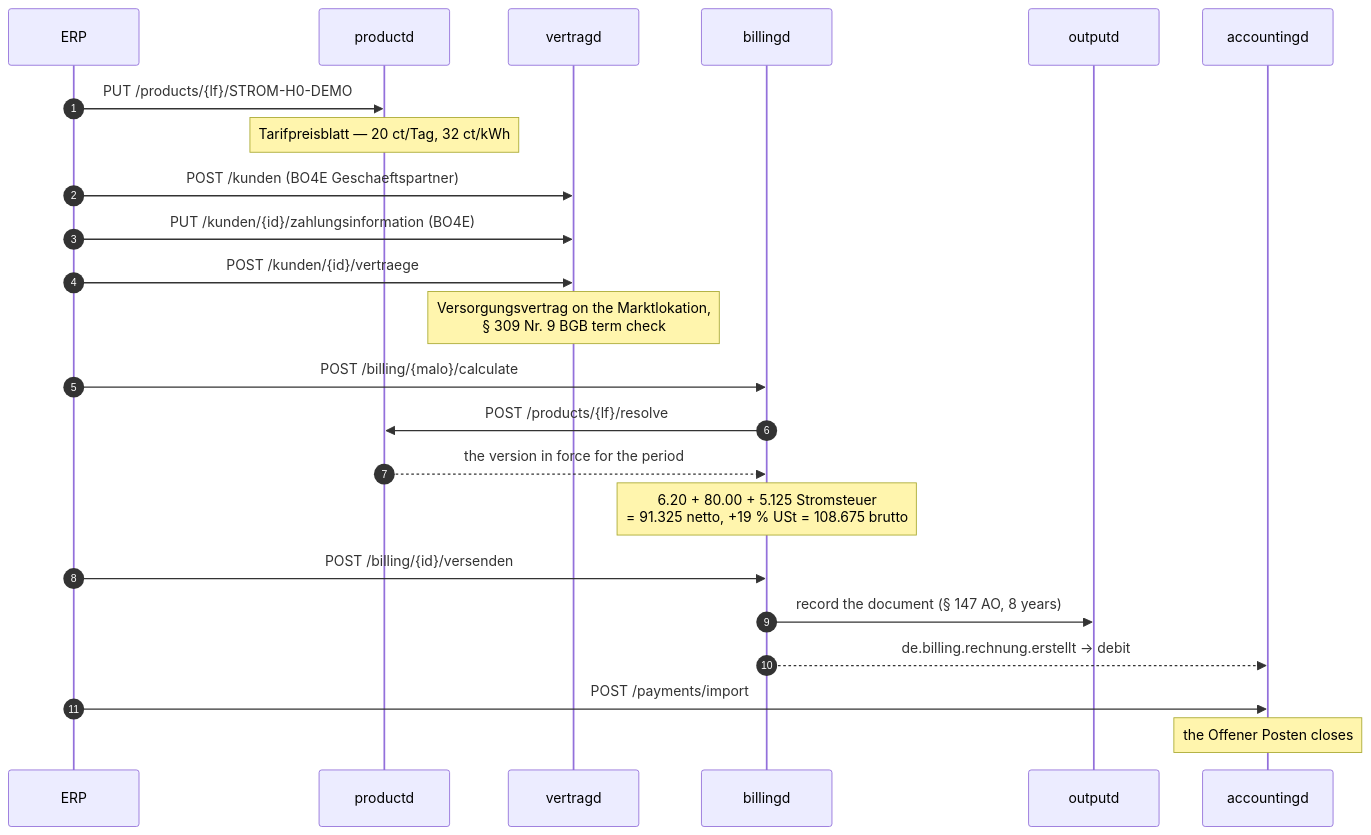
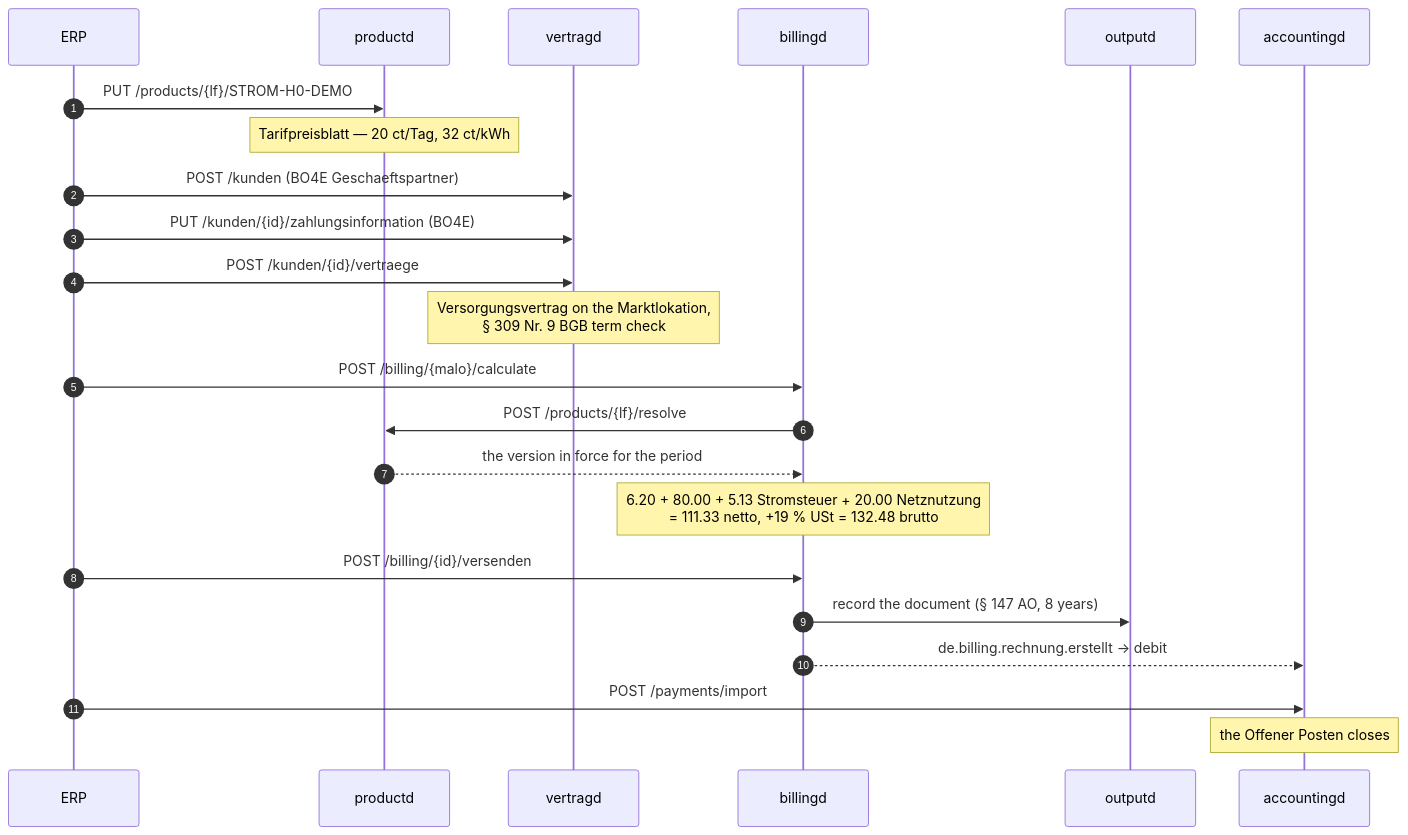
The diagram in demos/o2c/README.md (hupe1980/mako), drawn with Mermaid before and after one commit. The commit also changed other lines of this file and 1091 other files, not shown here.

````diff
--- a/demos/o2c/README.md
+++ b/demos/o2c/README.md
@@ -24,26 +20,26 @@
 ```mermaid
 sequenceDiagram
     autonumber
     participant ERP
     participant productd
     participant vertragd
     participant billingd
     participant outputd
     participant accountingd
 
     ERP->>productd: PUT /products/{lf}/STROM-H0-DEMO
     Note over productd: Tarifpreisblatt — 20 ct/Tag, 32 ct/kWh
     ERP->>vertragd: POST /kunden (BO4E Geschaeftspartner)
     ERP->>vertragd: PUT /kunden/{id}/zahlungsinformation (BO4E)
     ERP->>vertragd: POST /kunden/{id}/vertraege
     Note over vertragd: Versorgungsvertrag on the Marktlokation,<br/>§ 309 Nr. 9 BGB term check
     ERP->>billingd: POST /billing/{malo}/calculate
     billingd->>productd: POST /products/{lf}/resolve
     productd-->>billingd: the version in force for the period
-    Note over billingd: 6.20 + 80.00 + 5.125 Stromsteuer<br/>= 91.325 netto, +19 % USt = 108.675 brutto
+    Note over billingd: 6.20 + 80.00 + 5.13 Stromsteuer + 20.00 Netznutzung<br/>= 111.33 netto, +19 % USt = 132.48 brutto
     ERP->>billingd: POST /billing/{id}/versenden
     billingd->>outputd: record the document (§ 147 AO, 8 years)
     billingd-->>accountingd: de.billing.rechnung.erstellt → debit
     ERP->>accountingd: POST /payments/import
     Note over accountingd: the Offener Posten closes
 ```
````
